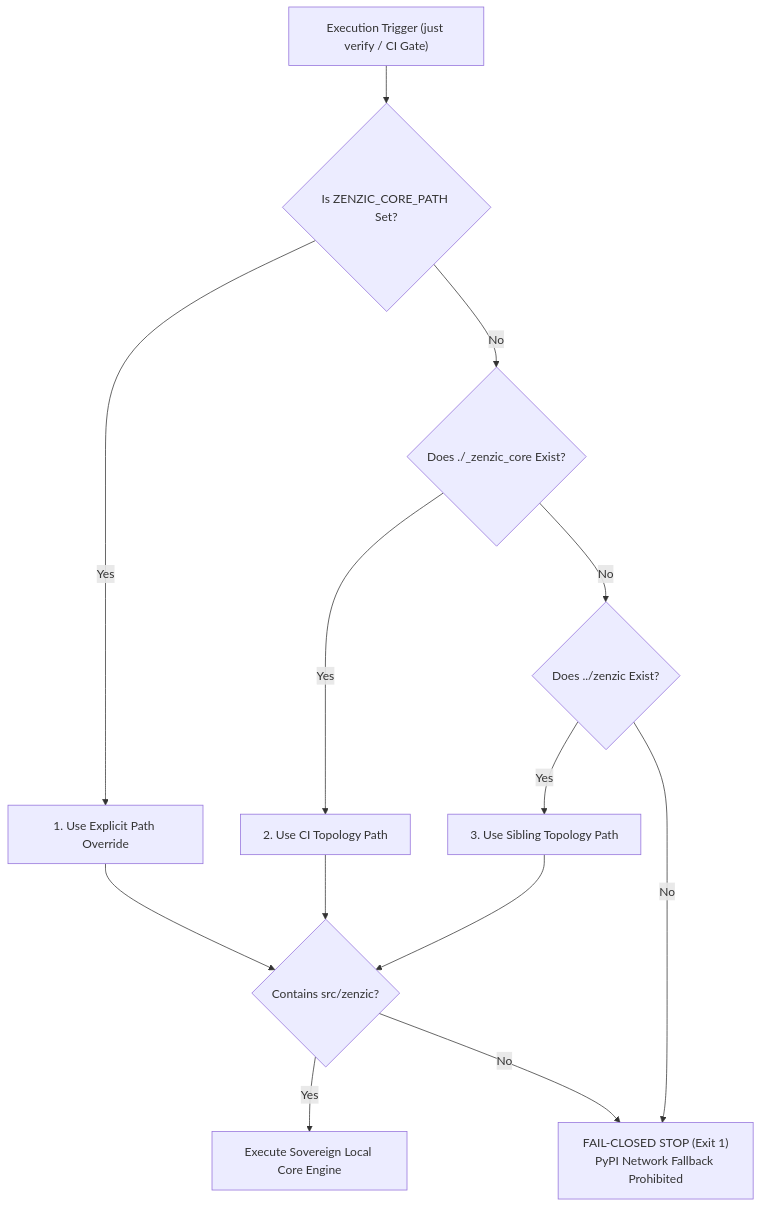
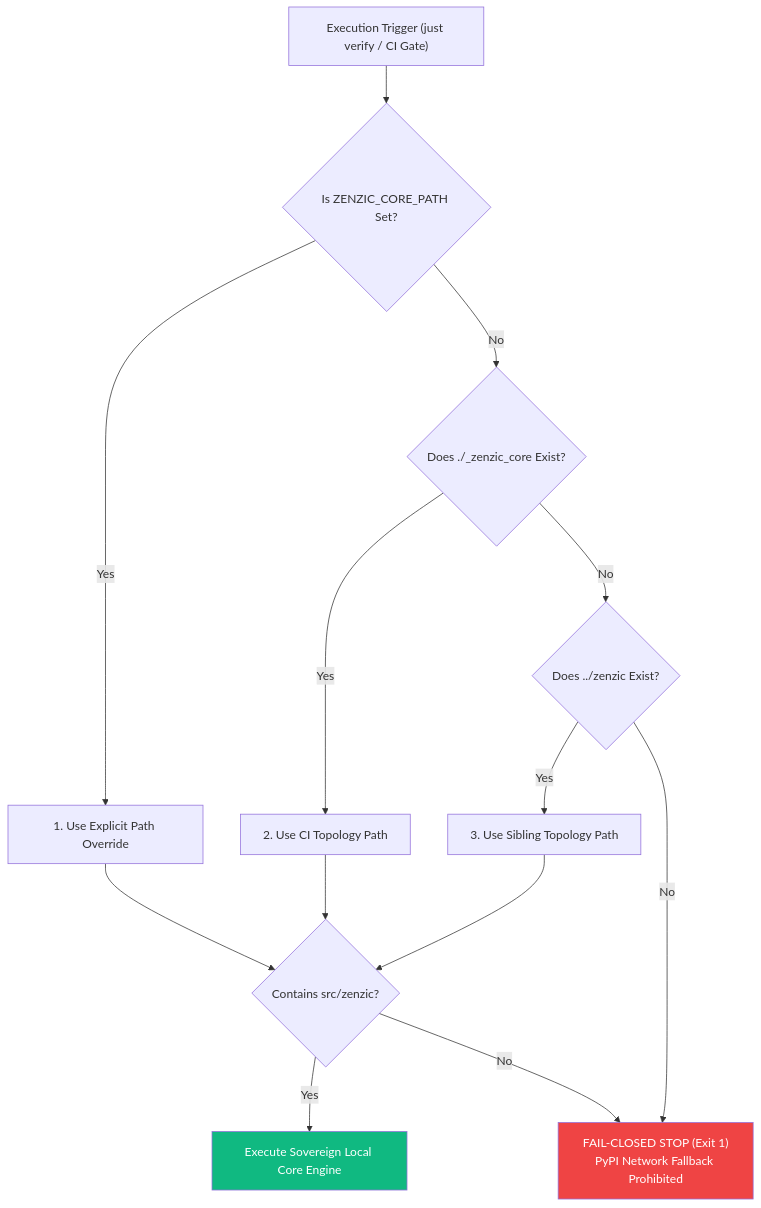
The diagram in docs/developers/explanation/sovereign-verification-model.md (PythonWoods-Dev/zenzic), drawn with Mermaid before and after one commit. The commit also changed 6 other files, not shown here.

First line of the commit message:
docs(ui): harmonize mermaid diagram styles and suppression governance cards (#219)

````diff
--- a/docs/developers/explanation/sovereign-verification-model.md
+++ b/docs/developers/explanation/sovereign-verification-model.md
@@ -20,14 +20,17 @@
 ```mermaid
 flowchart TD
     A["Execution Trigger (just verify / CI Gate)"] --> B{"Is ZENZIC_CORE_PATH Set?"}
     B -->|Yes| C["1. Use Explicit Path Override"]
     B -->|No| D{"Does ./_zenzic_core Exist?"}
     D -->|Yes| E["2. Use CI Topology Path"]
     D -->|No| F{"Does ../zenzic Exist?"}
     F -->|Yes| G["3. Use Sibling Topology Path"]
     F -->|No| H["FAIL-CLOSED STOP (Exit 1)\nPyPI Network Fallback Prohibited"]
 
     C & E & G --> I{"Contains src/zenzic?"}
     I -->|Yes| J["Execute Sovereign Local Core Engine"]
     I -->|No| H
+
+    style H fill:#ef4444,color:#fff
+    style J fill:#10b981,color:#fff
 ```
````
